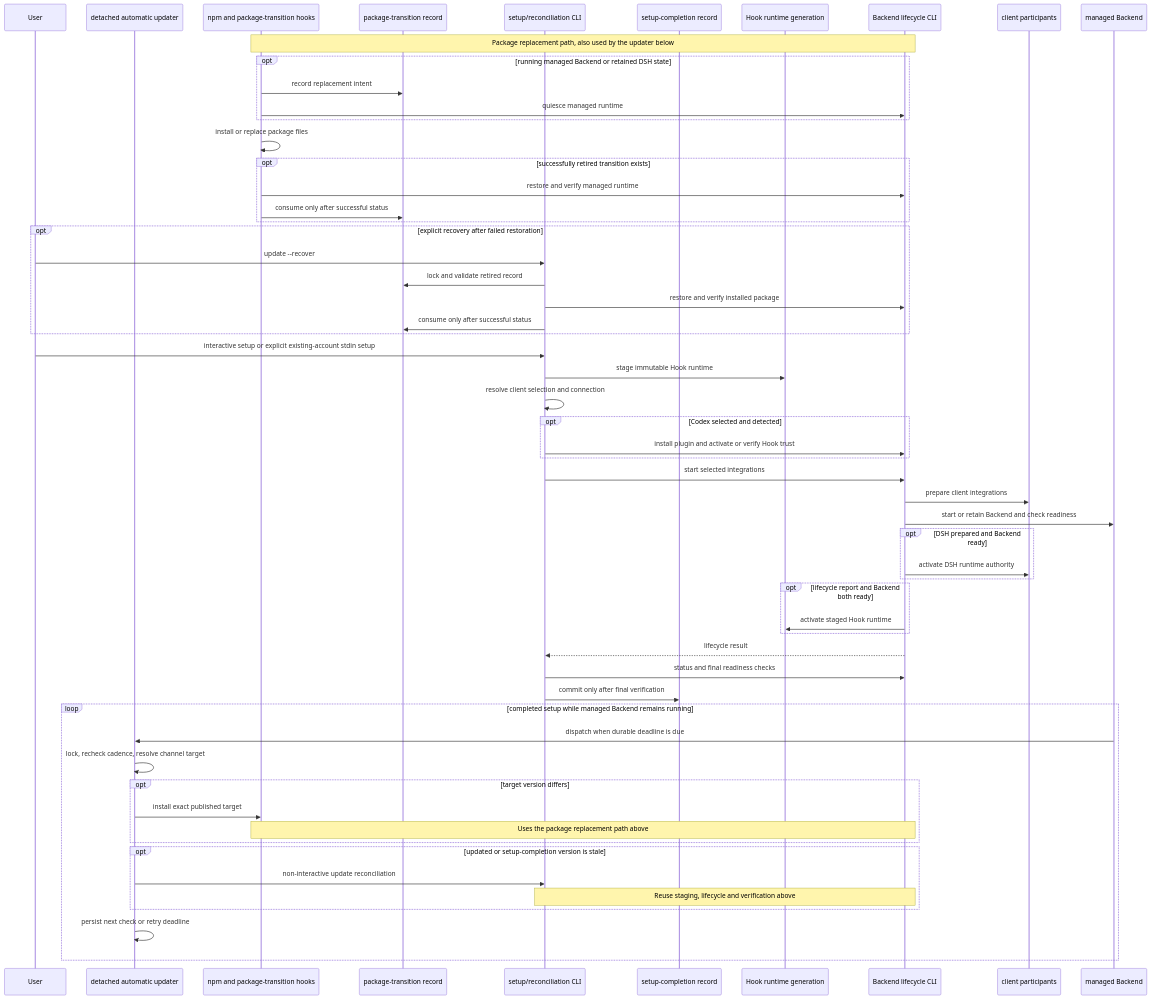
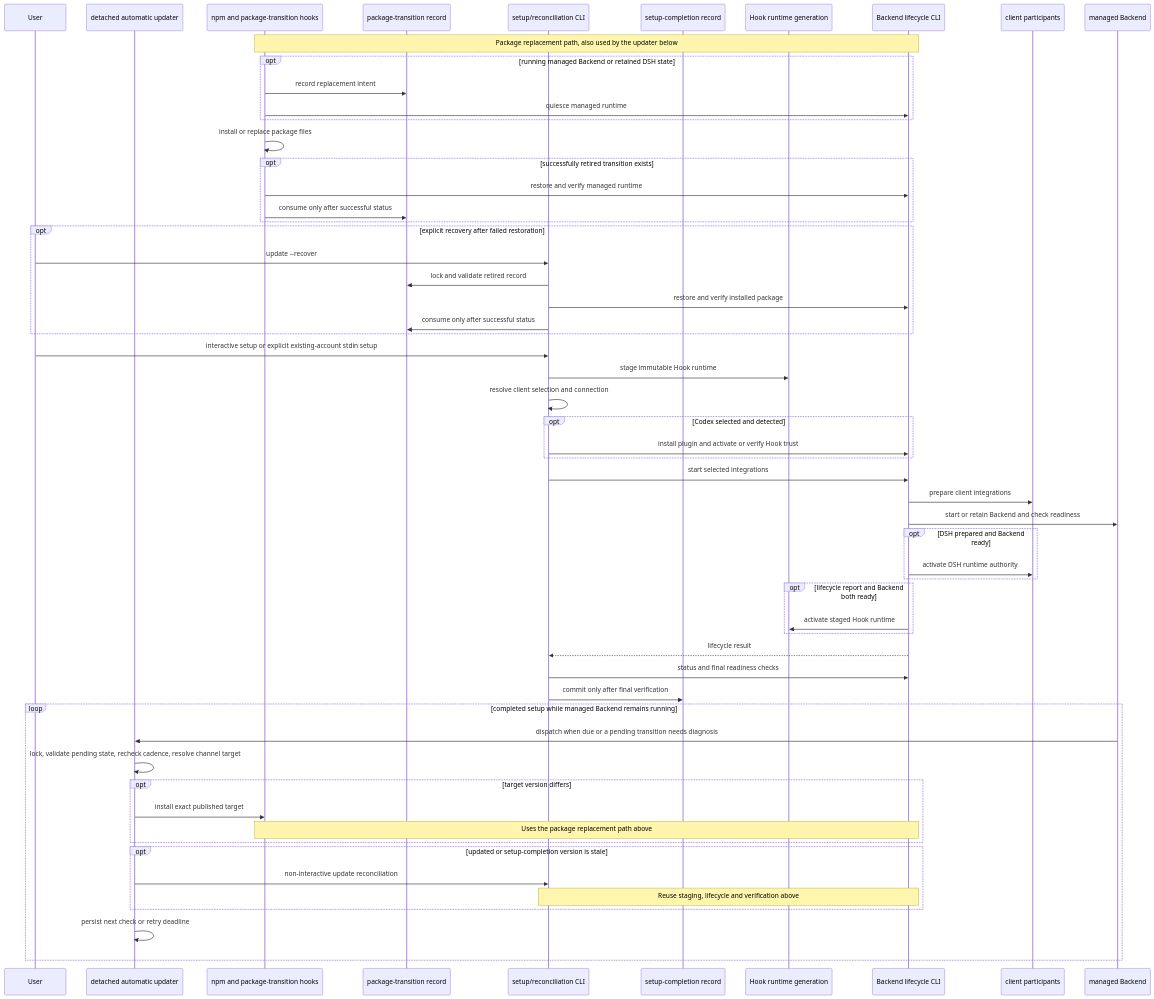
Before and after one commit to SimonEskildse/memorax-code: the second of 7 diagrams in ARCHITECTURE.md, drawn with Mermaid. The commit also changed other lines of this file and 7 other files, not shown here.

````diff
--- a/ARCHITECTURE.md
+++ b/ARCHITECTURE.md
@@ -228,63 +228,63 @@
 ```mermaid
 sequenceDiagram
   participant User
   participant Update as detached automatic updater
   participant NPM as npm and package-transition hooks
   participant Transition as package-transition record
   participant Setup as setup/reconciliation CLI
   participant Completion as setup-completion record
   participant Generation as Hook runtime generation
   participant Lifecycle as Backend lifecycle CLI
   participant Participants as client participants
   participant Service as managed Backend
 
   Note over NPM,Lifecycle: Package replacement path, also used by the updater below
   opt running managed Backend or retained DSH state
     NPM->>Transition: record replacement intent
     NPM->>Lifecycle: quiesce managed runtime
   end
   NPM->>NPM: install or replace package files
   opt successfully retired transition exists
     NPM->>Lifecycle: restore and verify managed runtime
     NPM->>Transition: consume only after successful status
   end
   opt explicit recovery after failed restoration
     User->>Setup: update --recover
     Setup->>Transition: lock and validate retired record
     Setup->>Lifecycle: restore and verify installed package
     Setup->>Transition: consume only after successful status
   end
 
   User->>Setup: interactive setup or explicit existing-account stdin setup
   Setup->>Generation: stage immutable Hook runtime
   Setup->>Setup: resolve client selection and connection
   opt Codex selected and detected
     Setup->>Lifecycle: install plugin and activate or verify Hook trust
   end
   Setup->>Lifecycle: start selected integrations
   Lifecycle->>Participants: prepare client integrations
   Lifecycle->>Service: start or retain Backend and check readiness
   opt DSH prepared and Backend ready
     Lifecycle->>Participants: activate DSH runtime authority
   end
   opt lifecycle report and Backend both ready
     Lifecycle->>Generation: activate staged Hook runtime
   end
   Lifecycle-->>Setup: lifecycle result
   Setup->>Lifecycle: status and final readiness checks
   Setup->>Completion: commit only after final verification
 
   loop completed setup while managed Backend remains running
-    Service->>Update: dispatch when durable deadline is due
-    Update->>Update: lock, recheck cadence, resolve channel target
+    Service->>Update: dispatch when due or a pending transition needs diagnosis
+    Update->>Update: lock, validate pending state, recheck cadence, resolve channel target
     opt target version differs
       Update->>NPM: install exact published target
       Note over NPM,Lifecycle: Uses the package replacement path above
     end
     opt updated or setup-completion version is stale
       Update->>Setup: non-interactive update reconciliation
       Note over Setup,Lifecycle: Reuse staging, lifecycle and verification above
     end
     Update->>Update: persist next check or retry deadline
   end
 ```
````
